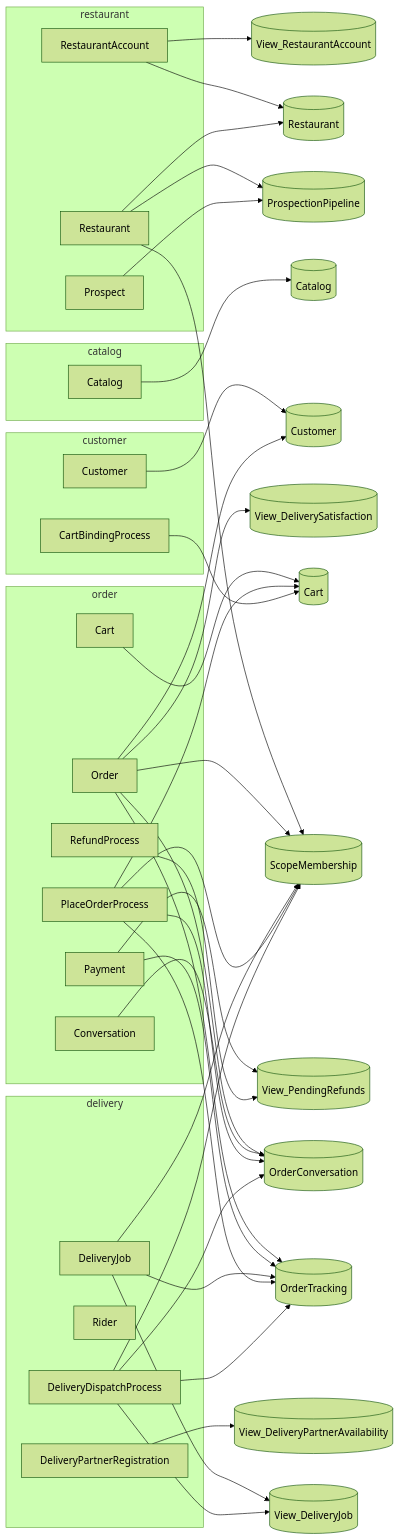
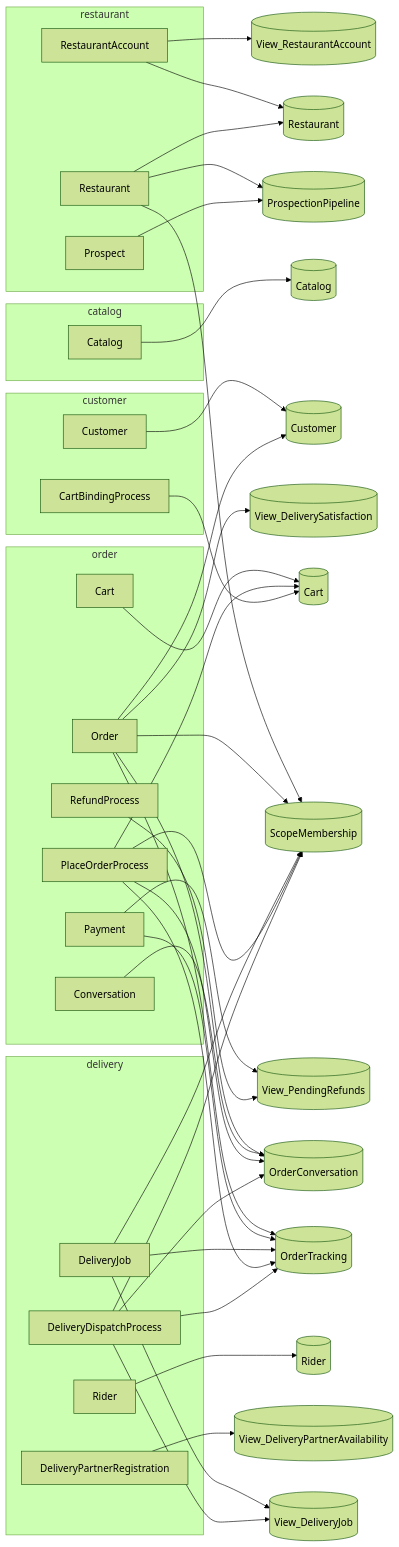
One commit to TheCaptainCompany/captain-food changed the second of 6 diagrams in specs/generated/c4.generated.md. Above: the diagram before and after it, drawn with Mermaid (forest theme). The commit also changed 15 other files, not shown here.

````diff
--- a/specs/generated/c4.generated.md
+++ b/specs/generated/c4.generated.md
@@ -64,73 +64,75 @@
 ```mermaid
 flowchart LR
   subgraph g_restaurant["restaurant"]
     a_RestaurantAccount["RestaurantAccount"]
     a_Restaurant["Restaurant"]
     a_Prospect["Prospect"]
   end
   subgraph g_catalog["catalog"]
     a_Catalog["Catalog"]
   end
   subgraph g_order["order"]
     a_Cart["Cart"]
     a_Order["Order"]
     a_Payment["Payment"]
     a_Conversation["Conversation"]
     a_PlaceOrderProcess["PlaceOrderProcess"]
     a_RefundProcess["RefundProcess"]
   end
   subgraph g_customer["customer"]
     a_Customer["Customer"]
     a_CartBindingProcess["CartBindingProcess"]
   end
   subgraph g_delivery["delivery"]
     a_DeliveryJob["DeliveryJob"]
     a_Rider["Rider"]
     a_DeliveryPartnerRegistration["DeliveryPartnerRegistration"]
     a_DeliveryDispatchProcess["DeliveryDispatchProcess"]
   end
   v_View_RestaurantAccount[("View_RestaurantAccount")]
   v_Restaurant[("Restaurant")]
   v_ProspectionPipeline[("ProspectionPipeline")]
   v_ScopeMembership[("ScopeMembership")]
   v_View_DeliveryPartnerAvailability[("View_DeliveryPartnerAvailability")]
   v_Catalog[("Catalog")]
   v_Customer[("Customer")]
   v_Cart[("Cart")]
   v_OrderTracking[("OrderTracking")]
   v_OrderConversation[("OrderConversation")]
   v_View_DeliverySatisfaction[("View_DeliverySatisfaction")]
   v_View_PendingRefunds[("View_PendingRefunds")]
   v_View_DeliveryJob[("View_DeliveryJob")]
+  v_Rider[("Rider")]
   a_RestaurantAccount --> v_View_RestaurantAccount
   a_RestaurantAccount --> v_Restaurant
   a_Restaurant --> v_Restaurant
   a_Restaurant --> v_ProspectionPipeline
   a_Restaurant --> v_ScopeMembership
   a_Prospect --> v_ProspectionPipeline
   a_DeliveryPartnerRegistration --> v_View_DeliveryPartnerAvailability
   a_Catalog --> v_Catalog
   a_Customer --> v_Customer
   a_Cart --> v_Cart
   a_Order --> v_OrderTracking
   a_Order --> v_OrderConversation
   a_Order --> v_ScopeMembership
   a_Order --> v_Customer
   a_Order --> v_View_DeliverySatisfaction
   a_Payment --> v_OrderTracking
   a_Payment --> v_View_PendingRefunds
   a_DeliveryJob --> v_View_DeliveryJob
   a_DeliveryJob --> v_OrderTracking
   a_DeliveryJob --> v_ScopeMembership
+  a_Rider --> v_Rider
   a_Conversation --> v_OrderConversation
   a_PlaceOrderProcess --> v_OrderTracking
   a_PlaceOrderProcess --> v_OrderConversation
   a_PlaceOrderProcess --> v_ScopeMembership
   a_PlaceOrderProcess --> v_Cart
   a_RefundProcess --> v_View_PendingRefunds
   a_CartBindingProcess --> v_Cart
   a_DeliveryDispatchProcess --> v_View_DeliveryJob
   a_DeliveryDispatchProcess --> v_OrderTracking
   a_DeliveryDispatchProcess --> v_ScopeMembership
   a_DeliveryDispatchProcess --> v_OrderConversation
 ```
````
